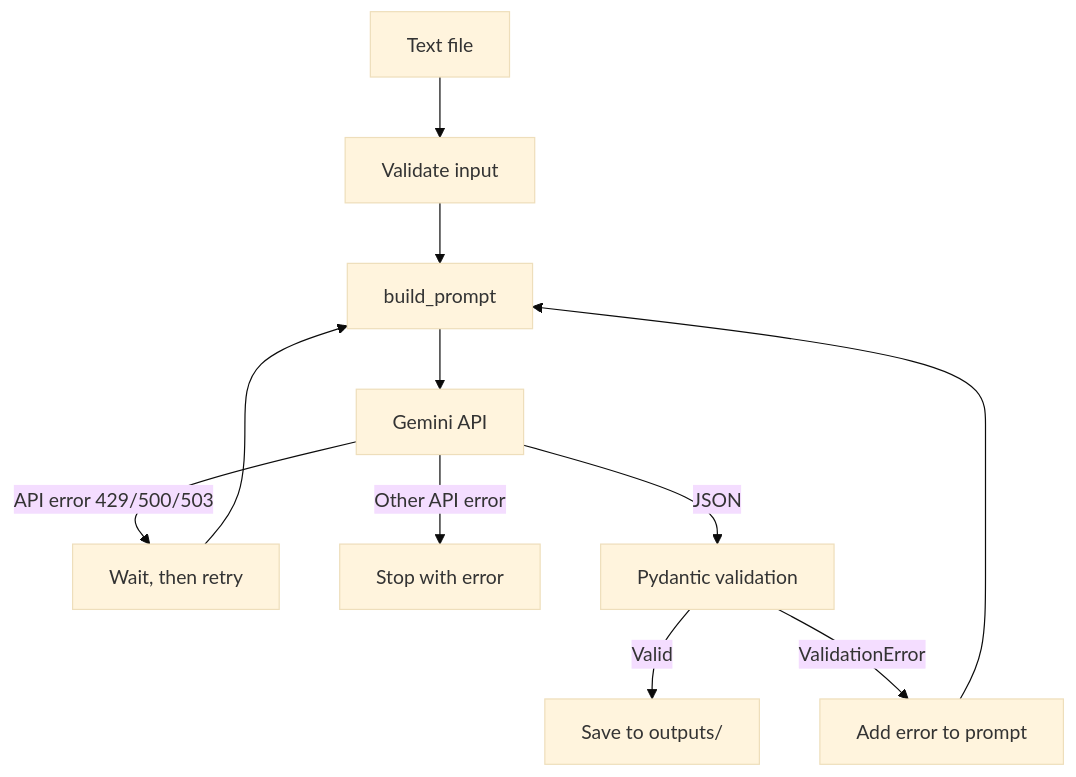
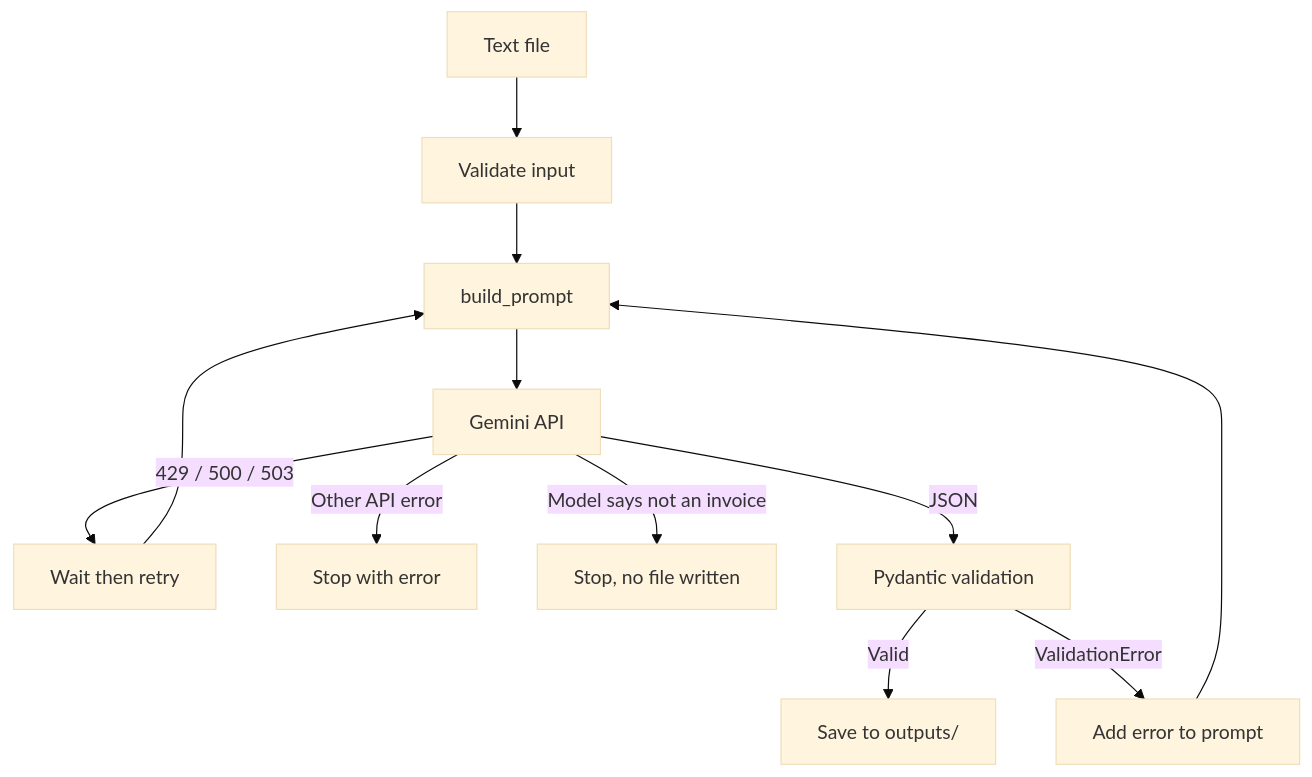
One commit to Puskar7882/Datheon_Python_-_Generative_AI_-_LangChain_Internship changed the diagram in task_1_llm_pipeline_&_json_extractor/README.md. Above: the diagram before and after it, drawn with Mermaid (base theme). The commit also changed other lines of this file, not shown here.

Commit message:
Complete Task 1 README with results, retry log and design notes

````diff
--- a/task_1_llm_pipeline_&_json_extractor/README.md
+++ b/task_1_llm_pipeline_&_json_extractor/README.md
@@ -29,13 +18,14 @@
 ```mermaid
 flowchart TD
     A[Text file] --> B[Validate input]
     B --> C[build_prompt]
     C --> D[Gemini API]
-    D -->|API error 429/500/503| E[Wait, then retry]
+    D -->|429 / 500 / 503| E[Wait then retry]
     D -->|Other API error| X[Stop with error]
+    D -->|Model says not an invoice| N[Stop, no file written]
     D -->|JSON| F[Pydantic validation]
     E --> C
     F -->|Valid| G[Save to outputs/]
     F -->|ValidationError| H[Add error to prompt]
     H --> C
 ```
````
